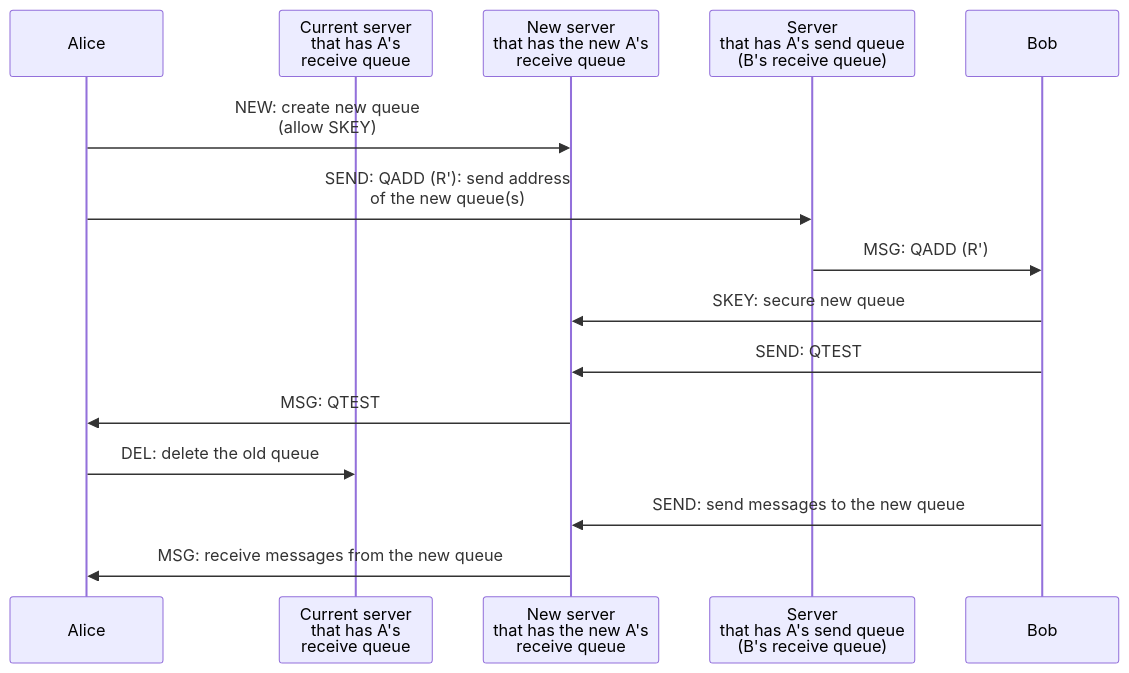
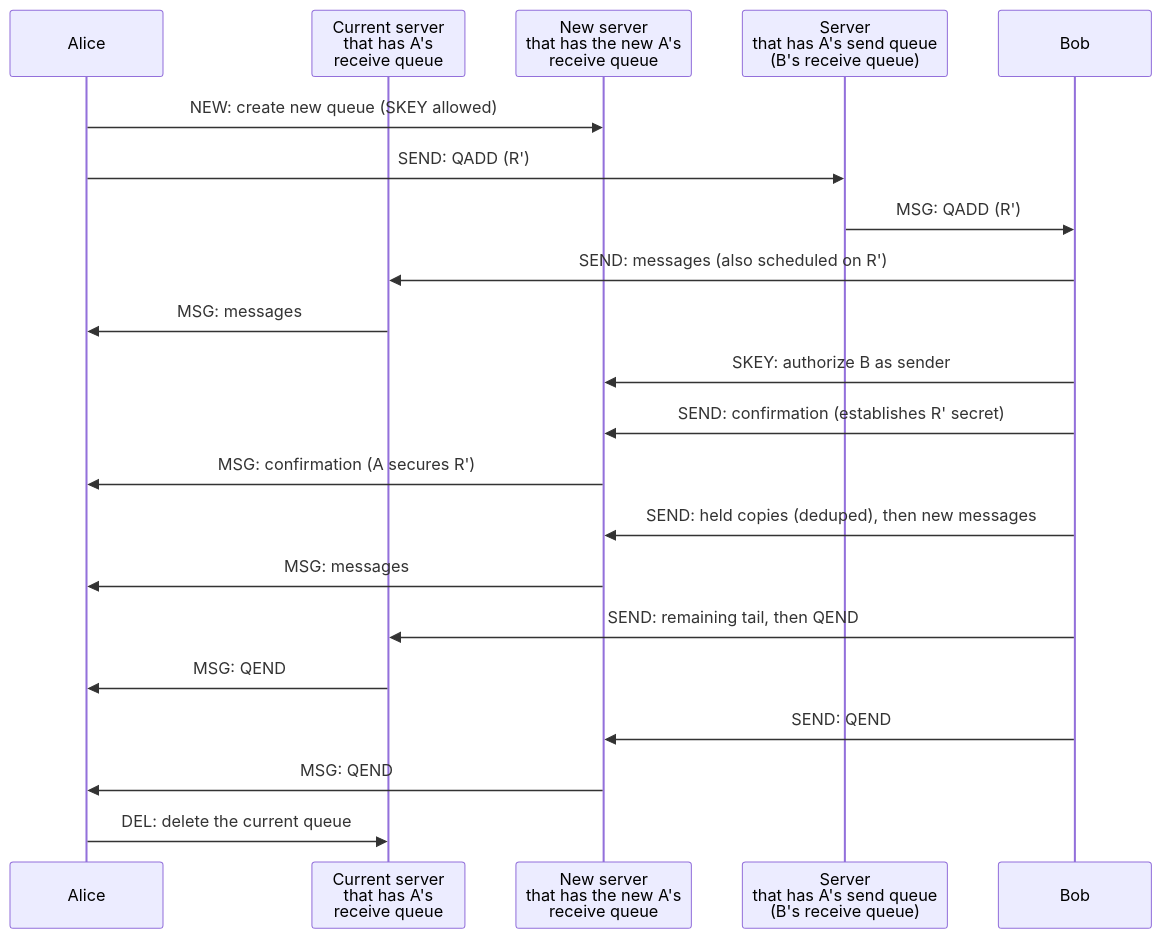
Before and after one commit to simplex-chat/simplexmq: the diagram in protocol/diagrams/duplex-messaging/queue-rotation-fast.mmd, drawn with Mermaid. The commit also changed other lines of this file and 2 other files, not shown here.

```diff
--- a/protocol/diagrams/duplex-messaging/queue-rotation-fast.mmd
+++ b/protocol/diagrams/duplex-messaging/queue-rotation-fast.mmd
@@ -1,16 +1,22 @@
 sequenceDiagram
   participant A as Alice
   participant R as Current server<br>that has A's<br>receive queue
   participant R' as New server<br>that has the new A's<br>receive queue
   participant S as Server<br>that has A's send queue<br>(B's receive queue)
   participant B as Bob
 
-  A ->> R': NEW: create new queue<br>(allow SKEY)
-  A ->> S: SEND: QADD (R'): send address<br>of the new queue(s)
+  A ->> R': NEW: create new queue (SKEY allowed)
+  A ->> S: SEND: QADD (R')
   S ->> B: MSG: QADD (R')
-  B ->> R': SKEY: secure new queue
-  B ->> R': SEND: QTEST
-  R' ->> A: MSG: QTEST
-  A ->> R: DEL: delete the old queue
-  B ->> R': SEND: send messages to the new queue
-  R' ->> A: MSG: receive messages from the new queue
+  B ->> R: SEND: messages (also scheduled on R')
+  R ->> A: MSG: messages
+  B ->> R': SKEY: authorize B as sender
+  B ->> R': SEND: confirmation (establishes R' secret)
+  R' ->> A: MSG: confirmation (A secures R')
+  B ->> R': SEND: held copies (deduped), then new messages
+  R' ->> A: MSG: messages
+  B ->> R: SEND: remaining tail, then QEND
+  R ->> A: MSG: QEND
+  B ->> R': SEND: QEND
+  R' ->> A: MSG: QEND
+  A ->> R: DEL: delete the current queue
```
